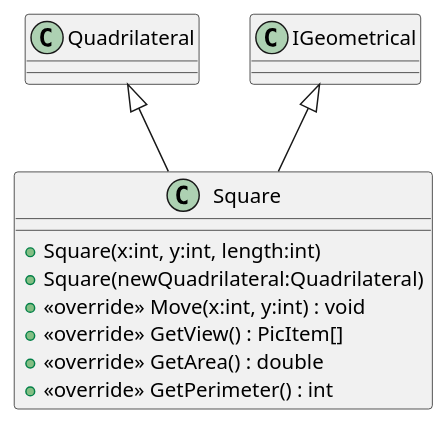
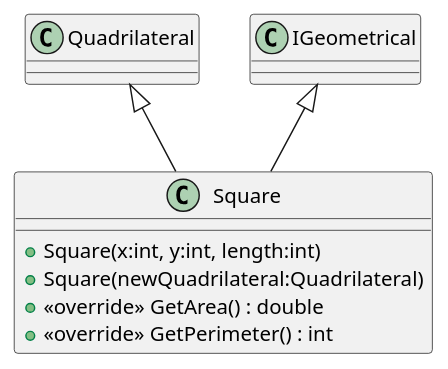
One commit to 19vano97/levelUpOOP changed the diagram in plantuml/20240701_HW_Inheritence/Square.puml. Above: the diagram before and after it, drawn with PlantUML. The commit also changed 21 other files, not shown here.

```diff
--- a/plantuml/20240701_HW_Inheritence/Square.puml
+++ b/plantuml/20240701_HW_Inheritence/Square.puml
@@ -1,12 +1,10 @@
 @startuml
 class Square {
     + Square(x:int, y:int, length:int)
     + Square(newQuadrilateral:Quadrilateral)
-    + <<override>> Move(x:int, y:int) : void
-    + <<override>> GetView() : PicItem[]
     + <<override>> GetArea() : double
     + <<override>> GetPerimeter() : int
 }
 Quadrilateral <|-- Square
 IGeometrical <|-- Square
 @enduml
```
